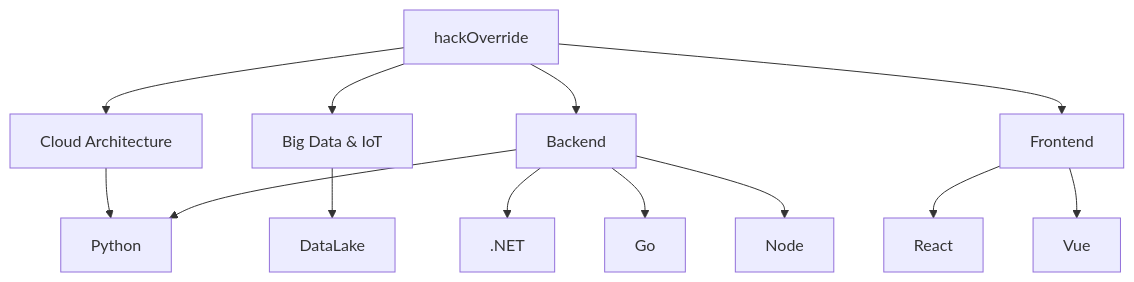
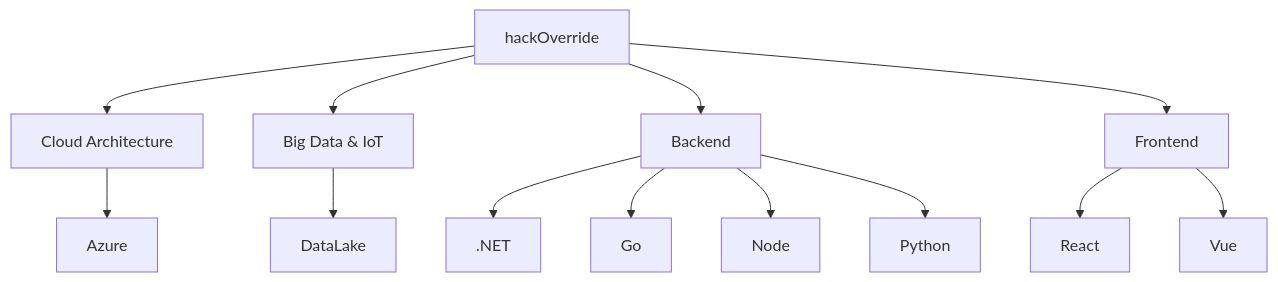
One commit to hackoverride/hackoverride changed the diagram in README.md. Above: the diagram before and after it, drawn with Mermaid.

````diff
--- a/README.md
+++ b/README.md
@@ -5,15 +5,15 @@
 ```mermaid
   graph TD;
       A[hackOverride]-->B[Cloud Architecture];
       B-->K[Azure];
       A-->C[Big Data & IoT];
       C-->F[DataLake];
       A-->D[Backend];
       D-->G[.NET];
       D-->H[Go];
       D-->I[Node];
-      D-->K[Python];
+      D-->M[Python];
       A-->E[Frontend];
       E-->J[React];
       E-->L[Vue];
 ```
````
